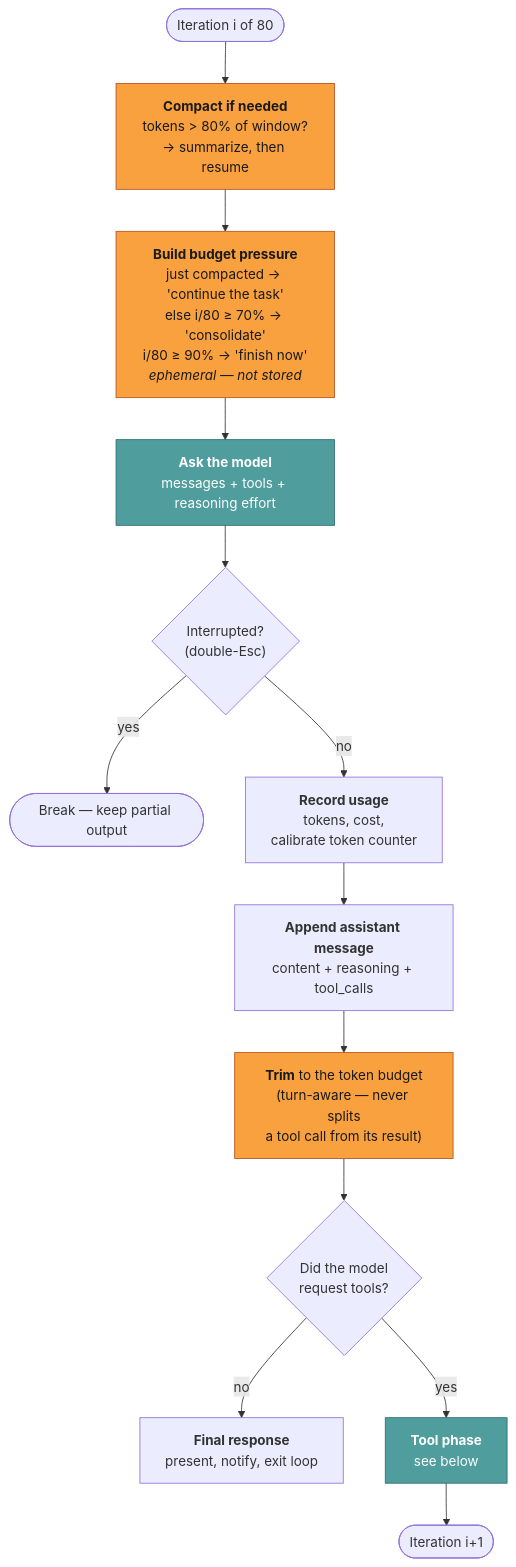
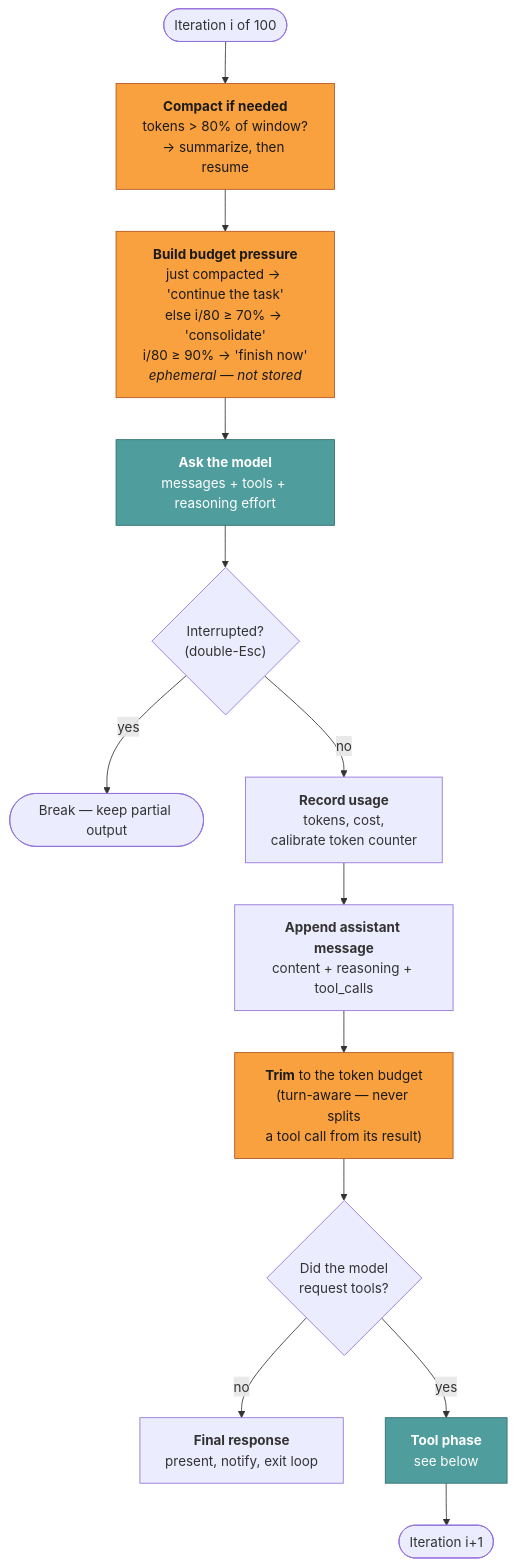
One commit to lvndry/jazz changed the first of 4 diagrams in docs/internals/agent-loop.md. Above: the diagram before and after it, drawn with Mermaid. The commit also changed other lines of this file and 58 other files, not shown here.

````diff
--- a/docs/internals/agent-loop.md
+++ b/docs/internals/agent-loop.md
@@ -16,27 +16,27 @@
 ```mermaid
 flowchart TD
-    START(["Iteration i of 80"]) --> COMPACT
+    START(["Iteration i of 100"]) --> COMPACT
 
     COMPACT["<b>Compact if needed</b><br/>tokens &gt; 80% of window?<br/>→ summarize, then resume"]
     COMPACT --> PRESSURE["<b>Build budget pressure</b><br/>just compacted → 'continue the task'<br/>else i/80 ≥ 70% → 'consolidate'<br/>i/80 ≥ 90% → 'finish now'<br/><i>ephemeral — not stored</i>"]
     PRESSURE --> ASK["<b>Ask the model</b><br/>messages + tools + reasoning effort"]
 
     ASK --> INT{"Interrupted?<br/>(double-Esc)"}
     INT -->|yes| STOP(["Break — keep partial output"])
     INT -->|no| RECORD["<b>Record usage</b><br/>tokens, cost,<br/>calibrate token counter"]
 
     RECORD --> APPEND["<b>Append assistant message</b><br/>content + reasoning + tool_calls"]
     APPEND --> TRIM["<b>Trim</b> to the token budget<br/>(turn-aware — never splits<br/>a tool call from its result)"]
 
     TRIM --> BRANCH{"Did the model<br/>request tools?"}
     BRANCH -->|"no"| FINAL["<b>Final response</b><br/>present, notify, exit loop"]
     BRANCH -->|"yes"| TOOLPHASE
 
     TOOLPHASE["<b>Tool phase</b><br/>see below"]
     TOOLPHASE --> NEXT(["Iteration i+1"])
 
     classDef guard fill:#f9a03f,stroke:#b3541e,color:#1a1a1a
     classDef work fill:#4f9d9d,stroke:#2f6d6d,color:#ffffff
     class COMPACT,PRESSURE,TRIM guard
     class ASK,TOOLPHASE work
 ```
````
